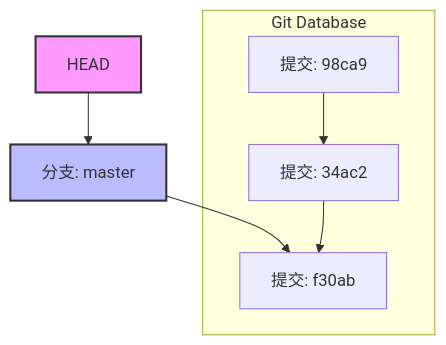
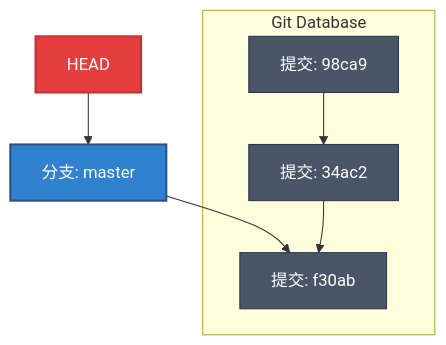
Before and after one commit to VrianCao/GitTour: the third of 3 diagrams in src/content/docs/03-branching/01-what-is-branch.md, drawn with Mermaid. The commit also changed 10 other files, not shown here.

First line of the commit message:
style: optimize Mermaid diagrams for light/dark mode

````diff
--- a/src/content/docs/03-branching/01-what-is-branch.md
+++ b/src/content/docs/03-branching/01-what-is-branch.md
@@ -71,13 +71,18 @@
 ```mermaid
 graph TD
     HEAD[HEAD] --> master_branch[分支: master]
     master_branch --> Commit_C[提交: f30ab]
     
     subgraph Git Database
-    Commit_A[提交: 98ca9] --> Commit_B[提交: 34ac2]
-    Commit_B --> Commit_C
+        Commit_A[提交: 98ca9] --> Commit_B[提交: 34ac2]
+        Commit_B --> Commit_C
     end
     
-    style HEAD fill:#f9f,stroke:#333,stroke-width:2px
-    style master_branch fill:#bbf,stroke:#333,stroke-width:2px
+    classDef headNode fill:#e53e3e,stroke:#c53030,color:#fff,stroke-width:2px
+    classDef branchNode fill:#3182ce,stroke:#2c5282,color:#fff,stroke-width:2px
+    classDef commitNode fill:#4a5568,stroke:#2d3748,color:#fff
+    
+    class HEAD headNode
+    class master_branch branchNode
+    class Commit_A,Commit_B,Commit_C commitNode
 ```
````
